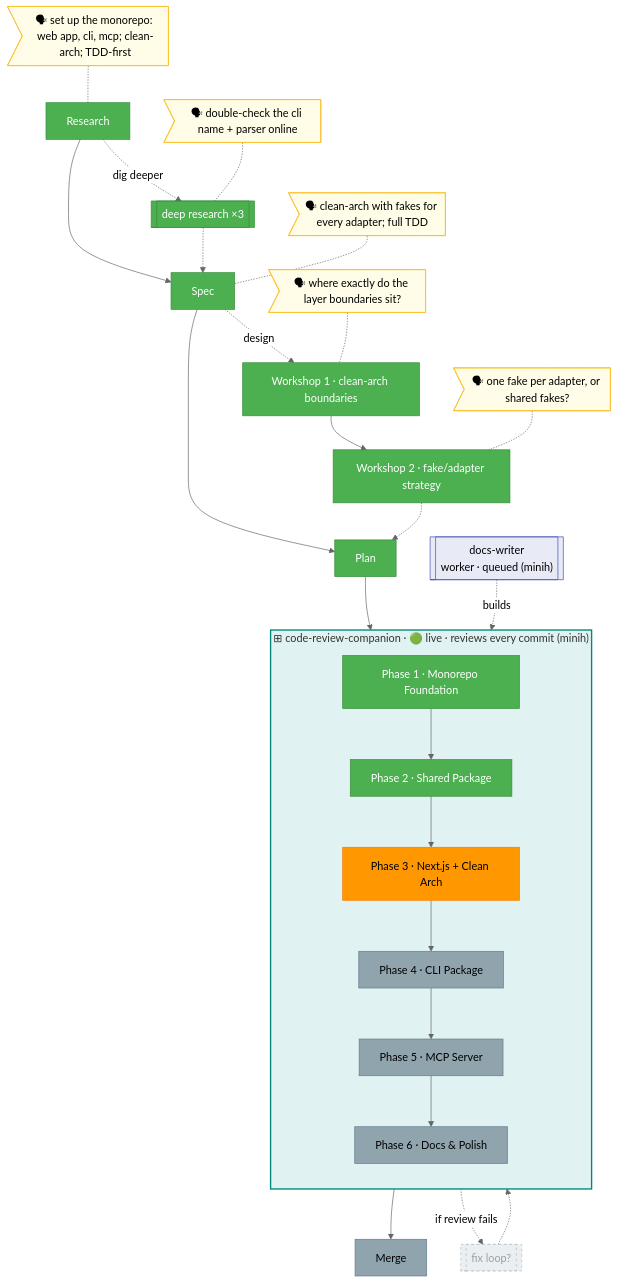
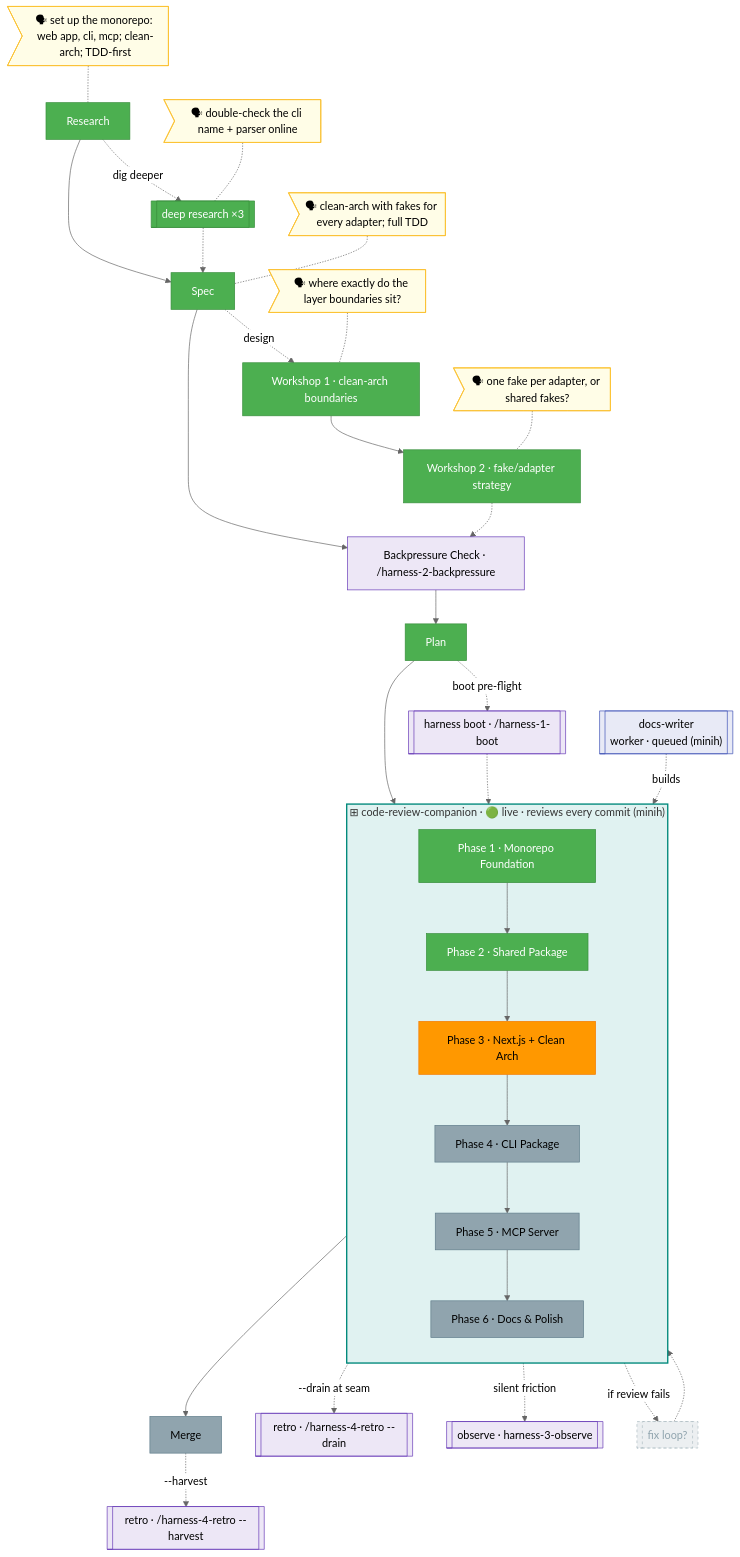
The diagram in skills/SDD/the-flow/references/flight-plan.template.md (jakkaj/tools), drawn with Mermaid (neutral theme) before and after one commit. The commit also changed other lines of this file and 27 other files, not shown here.

````diff
--- a/skills/SDD/the-flow/references/flight-plan.template.md
+++ b/skills/SDD/the-flow/references/flight-plan.template.md
@@ -9,52 +9,60 @@
 ```mermaid
 flowchart TD
     classDef done    fill:#4CAF50,stroke:#388E3C,color:#fff
     classDef wip     fill:#FF9800,stroke:#F57C00,color:#000
     classDef blocked fill:#F44336,stroke:#D32F2F,color:#fff
     classDef known   fill:#90A4AE,stroke:#607D8B,color:#000
     classDef assumed fill:#ECEFF1,stroke:#B0BEC5,color:#90A4AE,stroke-dasharray:4 4
     classDef said    fill:#FFFDE7,stroke:#FBC02D,color:#000
     classDef companion fill:#E0F2F1,stroke:#00897B,color:#000
     classDef worker  fill:#E8EAF6,stroke:#3F51B5,color:#000
+    classDef harness fill:#EDE7F6,stroke:#673AB7,color:#000
 
-    %% ── spine (vertical); companion WRAPS the build phases ──
-    R[Research]:::done --> S[Spec]:::done --> PL[Plan]:::done
+    %% ── spine (vertical); Backpressure Check sits between Spec and Plan; companion WRAPS the build phases ──
+    R[Research]:::done --> S[Spec]:::done --> BP[Backpressure Check · /harness-2-backpressure]:::harness --> PL[Plan]:::done
 
     subgraph CRC["⊞ code-review-companion · 🟢 live · reviews every commit (minih)"]
         direction TB
         P1[Phase 1 · Monorepo Foundation]:::done --> P2[Phase 2 · Shared Package]:::done
         P2 --> P3[Phase 3 · Next.js + Clean Arch]:::wip --> P4[Phase 4 · CLI Package]:::known
         P4 --> P5[Phase 5 · MCP Server]:::known --> P6[Phase 6 · Docs & Polish]:::known
     end
     style CRC fill:#E0F2F1,stroke:#00897B,stroke-width:2px
 
     PL --> P1
     P6 --> M[Merge]:::known
 
     %% ── excursions: deep-research + each workshop as its own node ──
     R -.->|dig deeper| DR[["deep research ×3"]]:::done
     DR -.-> S
     S -.->|design| W1[Workshop 1 · clean-arch boundaries]:::done
     W1 --> W2[Workshop 2 · fake/adapter strategy]:::done
-    W2 -.-> PL
+    W2 -.-> BP
+
+    %% ── harness loop nodes (first-class; shown because this repo HAS a harness — omit all if no harness / .disabled) ──
+    PL -.->|boot pre-flight| HB[["harness boot · /harness-1-boot"]]:::harness
+    HB -.-> P1
+    P2 -.->|--drain at seam| HR[["retro · /harness-4-retro --drain"]]:::harness
+    P3 -.->|silent friction| HO[["observe · harness-3-observe"]]:::harness
+    M -.->|--harvest| HH[["retro · /harness-4-retro --harvest"]]:::harness
 
     %% ── assumed conditional ──
     P3 -.->|if review fails| FX[["fix loop?"]]:::assumed
     FX -.-> P4
 
     %% ── verbatim user-said bubbles (no detail hidden) ──
     UR>"🗣 set up the monorepo: web app, cli, mcp; clean-arch; TDD-first"]:::said
     UR -.- R
     UDR>"🗣 double-check the cli name + parser online"]:::said
     UDR -.- DR
     US>"🗣 clean-arch with fakes for every adapter; full TDD"]:::said
     US -.- S
     U1>"🗣 where exactly do the layer boundaries sit?"]:::said
     U1 -.- W1
     U2>"🗣 one fake per adapter, or shared fakes?"]:::said
     U2 -.- W2
 
     %% ── parallel agents (minih): companion WRAPS the phases (subgraph above); workers build a phase ──
     DOCW[["docs-writer<br/>worker · queued (minih)"]]:::worker
     DOCW -. builds .-> P6
 ```
````
